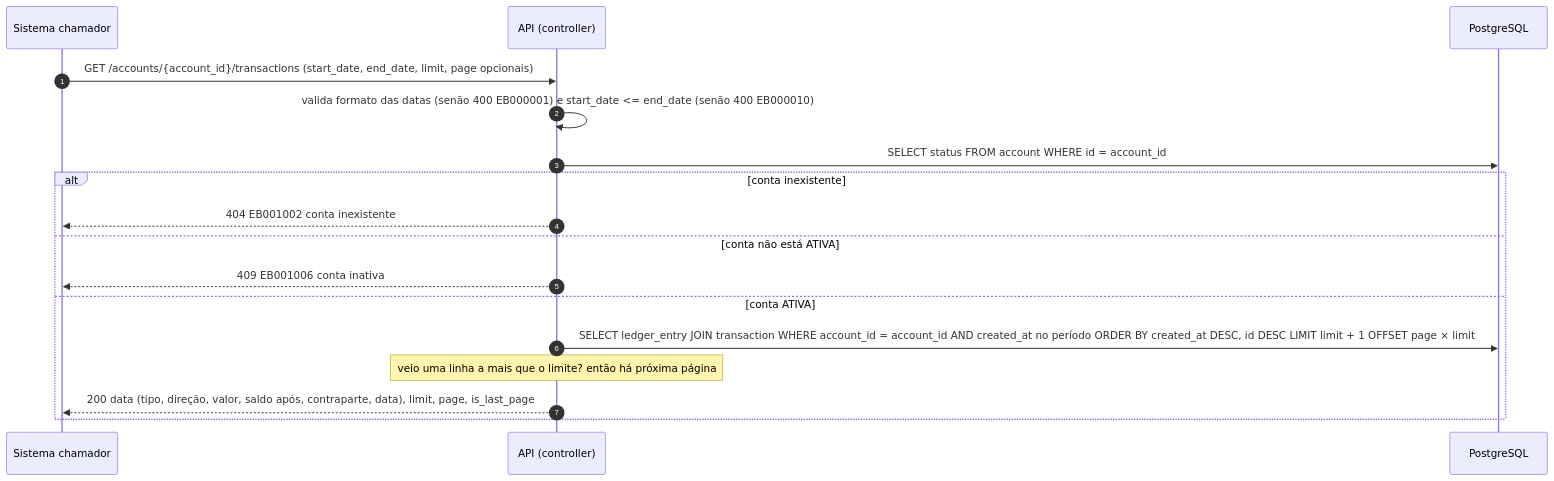
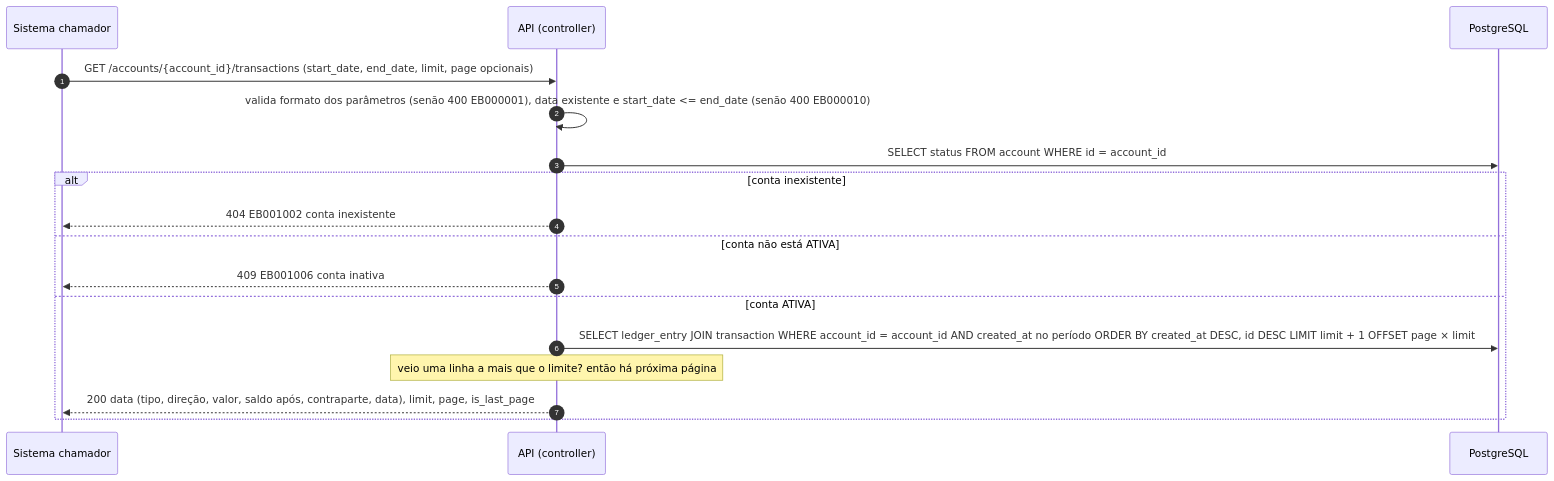
The ninth of 11 diagrams in bootcamp-rfc-modelo.md (fernandobvm/bootcamp-qi-26-bankrepo), drawn with Mermaid before and after one commit. The commit also changed other lines of this file and 2 other files, not shown here.

````diff
--- a/bootcamp-rfc-modelo.md
+++ b/bootcamp-rfc-modelo.md
@@ -409,20 +413,20 @@
 ```mermaid
 sequenceDiagram
     autonumber
     participant S as Sistema chamador
     participant API as API (controller)
     participant DB as PostgreSQL
 
     S->>API: GET /accounts/{account_id}/transactions (start_date, end_date, limit, page opcionais)
-    API->>API: valida formato das datas (senão 400 EB000001) e start_date <= end_date (senão 400 EB000010)
+    API->>API: valida formato dos parâmetros (senão 400 EB000001), data existente e start_date <= end_date (senão 400 EB000010)
     API->>DB: SELECT status FROM account WHERE id = account_id
     alt conta inexistente
         API-->>S: 404 EB001002 conta inexistente
     else conta não está ATIVA
         API-->>S: 409 EB001006 conta inativa
     else conta ATIVA
         API->>DB: SELECT ledger_entry JOIN transaction WHERE account_id = account_id AND created_at no período ORDER BY created_at DESC, id DESC LIMIT limit + 1 OFFSET page × limit
         Note over API: veio uma linha a mais que o limite? então há próxima página
         API-->>S: 200 data (tipo, direção, valor, saldo após, contraparte, data), limit, page, is_last_page
     end
 ```
````
